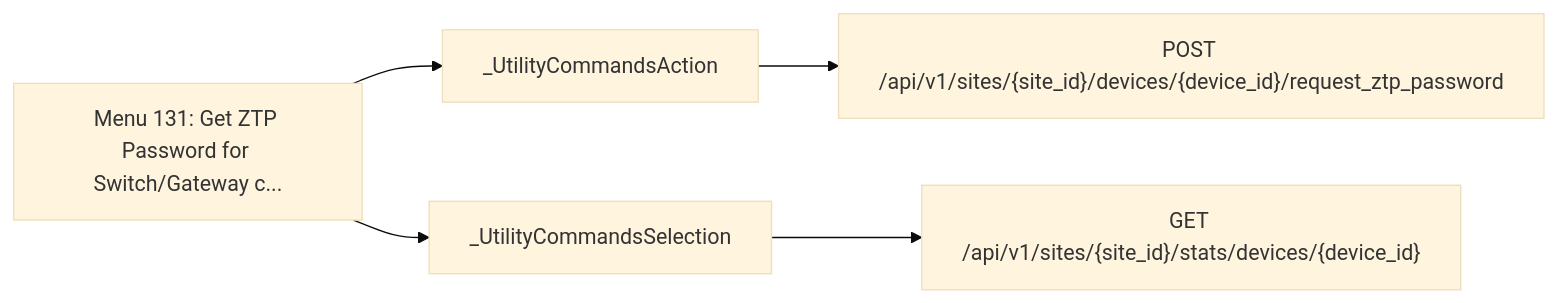
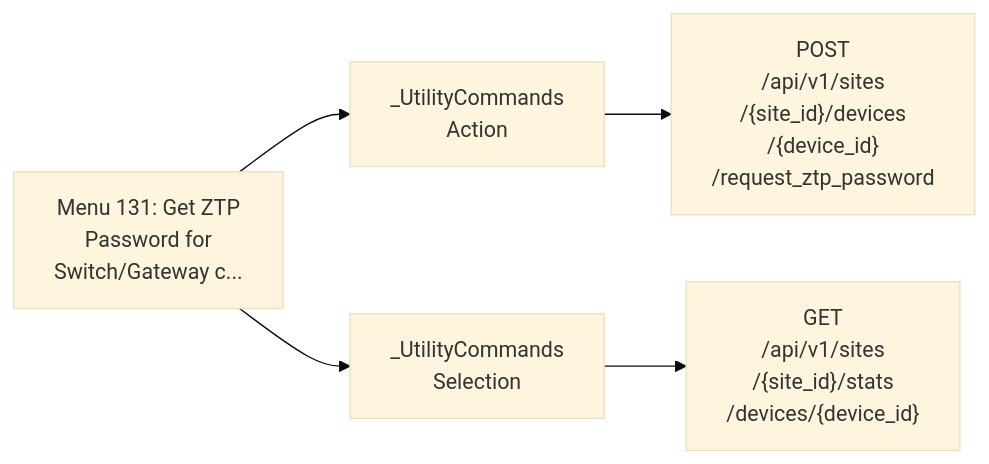
One commit to jmorrison-juniper/MistHelper changed the ninth of 28 diagrams in documentation/menu-api/interactive.md. Above: the diagram before and after it, drawn with Mermaid (base theme). The commit also changed other lines of this file and 19 other files, not shown here.

First line of the commit message:
docs(menu-api): fit the Mermaid diagrams to the wiki column

````diff
--- a/documentation/menu-api/interactive.md
+++ b/documentation/menu-api/interactive.md
@@ -353,8 +205,8 @@
 ```mermaid
 flowchart LR
-    menu["Menu 131: Get ZTP Password for Switch/Gateway c..."]
-    menu --> c1["_UtilityCommandsAction"]
-    c1 --> e1["POST /api/v1/sites/{site_id}/devices/{device_id}/request_ztp_password"]
-    menu --> c2["_UtilityCommandsSelection"]
-    c2 --> e2["GET /api/v1/sites/{site_id}/stats/devices/{device_id}"]
+    menu["Menu 131: Get ZTP<br/>Password for<br/>Switch/Gateway c..."]
+    menu --> c1["_UtilityCommands<br/>Action"]
+    c1 --> e1["POST<br/>/api/v1/sites<br/>/{site_id}/devices<br/>/{device_id}<br/>/request_ztp_password"]
+    menu --> c2["_UtilityCommands<br/>Selection"]
+    c2 --> e2["GET<br/>/api/v1/sites<br/>/{site_id}/stats<br/>/devices/{device_id}"]
 ```
````
